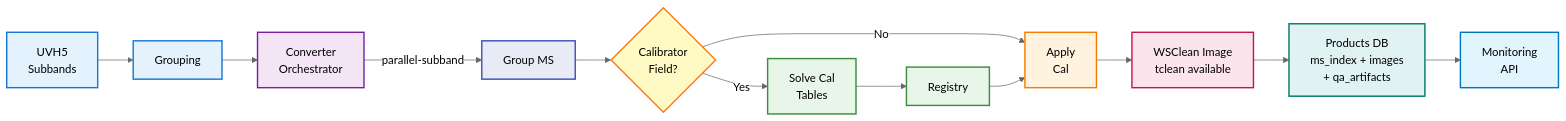
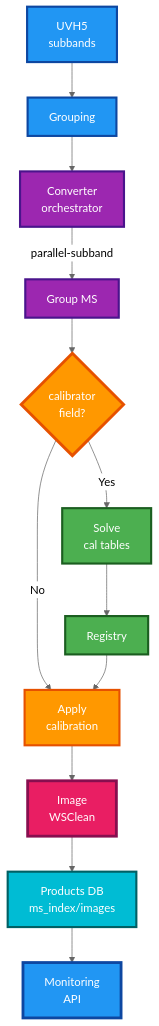
The diagram in docs/concepts/architecture.md (dsa110/dsa110-contimg), drawn with Mermaid (neutral theme) before and after one commit. The commit also changed 326 other files, not shown here.

````diff
--- a/docs/concepts/architecture.md
+++ b/docs/concepts/architecture.md
@@ -3,26 +3,41 @@
 ```mermaid
-flowchart LR
-  A["UVH5<br/>Subbands"] --> B["Grouping"]
-  B --> C["Converter<br/>Orchestrator"]
+flowchart TB
+  A["UVH5<br/>subbands"] --> B["Grouping"]
+  B --> C["Converter<br/>orchestrator"]
   C -->|parallel-subband| D["Group MS"]
-  D --> E{"Calibrator<br/>Field?"}
-  E -->|Yes| F["Solve Cal<br/>Tables"]
+  D --> E{"calibrator<br/>field?"}
+  E -->|Yes| F["Solve<br/>cal tables"]
   F --> G["Registry"]
-  E -->|No| H["Apply<br/>Cal"]
+  E -->|No| H["Apply<br/>calibration"]
   G --> H
-  H --> I["WSClean Image<br/>tclean available"]
-  I --> J["Products DB<br/>ms_index + images<br/>+ qa_artifacts"]
+  H --> I["Image<br/>WSClean"]
+  I --> J["Products DB<br/>ms_index/images"]
   J --> K["Monitoring<br/>API"]
   
-  style A fill:#E3F2FD,stroke:#1976D2,stroke-width:2px,color:#000
-  style B fill:#E3F2FD,stroke:#1976D2,stroke-width:2px,color:#000
-  style C fill:#F3E5F5,stroke:#7B1FA2,stroke-width:2px,color:#000
-  style D fill:#E8EAF6,stroke:#3F51B5,stroke-width:2px,color:#000
-  style E fill:#FFF9C4,stroke:#F57F17,stroke-width:2px,color:#000
-  style F fill:#E8F5E9,stroke:#388E3C,stroke-width:2px,color:#000
-  style G fill:#E8F5E9,stroke:#388E3C,stroke-width:2px,color:#000
-  style H fill:#FFF3E0,stroke:#F57C00,stroke-width:2px,color:#000
-  style I fill:#FCE4EC,stroke:#C2185B,stroke-width:2px,color:#000
-  style J fill:#E0F2F1,stroke:#00796B,stroke-width:2px,color:#000
-  style K fill:#E1F5FE,stroke:#0277BD,stroke-width:2px,color:#000
+  %% Input stages - vibrant blue
+  style A fill:#2196F3,stroke:#0D47A1,stroke-width:3px,color:#FFF
+  style B fill:#2196F3,stroke:#0D47A1,stroke-width:3px,color:#FFF
+  
+  %% Conversion - vibrant purple
+  style C fill:#9C27B0,stroke:#4A148C,stroke-width:3px,color:#FFF
+  style D fill:#9C27B0,stroke:#4A148C,stroke-width:3px,color:#FFF
+  
+  %% Decision point - bright orange, prominent
+  style E fill:#FF9800,stroke:#E65100,stroke-width:4px,color:#FFF
+  
+  %% Calibration path - vibrant green
+  style F fill:#4CAF50,stroke:#1B5E20,stroke-width:3px,color:#FFF
+  style G fill:#4CAF50,stroke:#1B5E20,stroke-width:3px,color:#FFF
+  
+  %% Apply calibration - orange
+  style H fill:#FF9800,stroke:#E65100,stroke-width:3px,color:#FFF
+  
+  %% Imaging - vibrant pink
+  style I fill:#E91E63,stroke:#880E4F,stroke-width:4px,color:#FFF
+  
+  %% Database - teal/cyan
+  style J fill:#00BCD4,stroke:#006064,stroke-width:3px,color:#FFF
+  
+  %% API - vibrant blue
+  style K fill:#2196F3,stroke:#0D47A1,stroke-width:4px,color:#FFF
 ```
````
